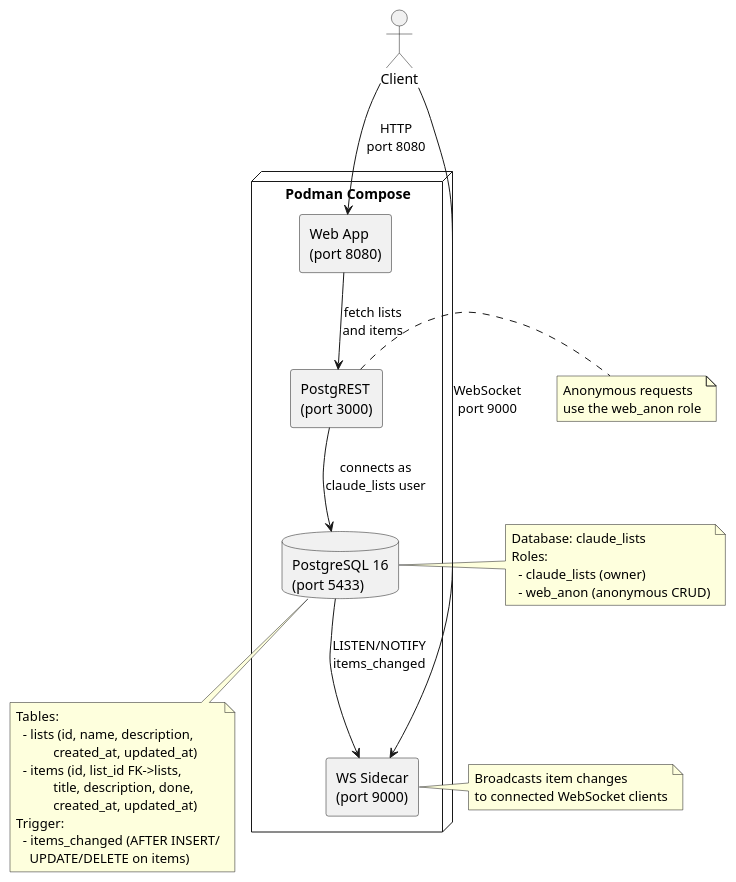
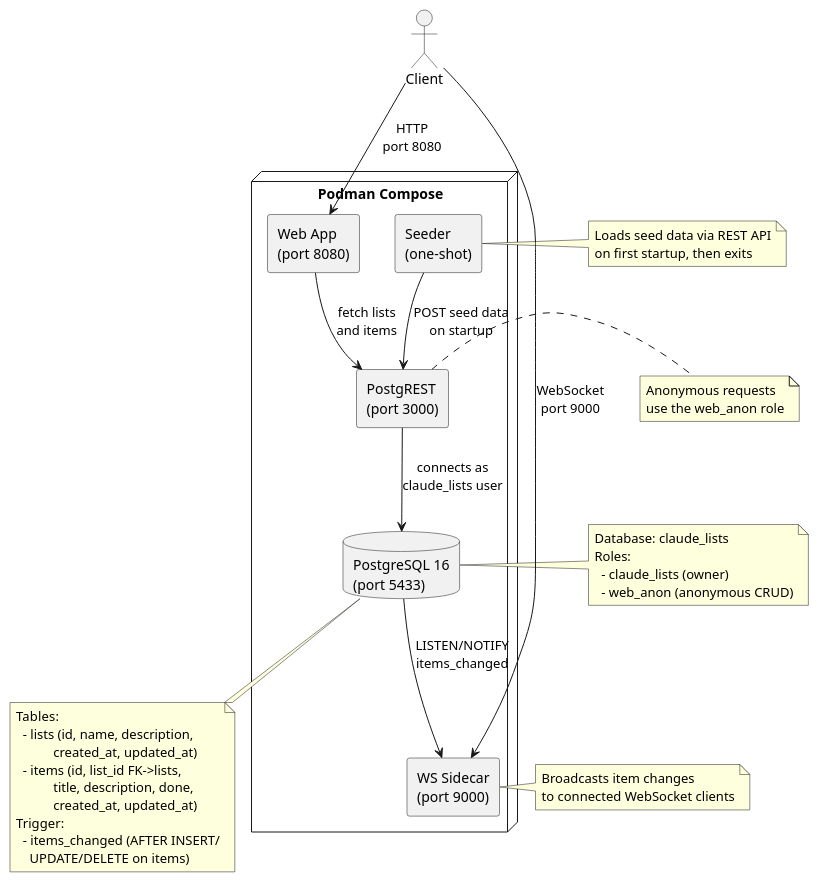
The diagram in docs/architecture.puml (conroydamien/claude_lists_api), drawn with PlantUML before and after one commit. The commit also changed 5 other files, not shown here.

First line of the commit message:
Extract seed data to seeder container and fix UI race condition

```diff
--- a/docs/architecture.puml
+++ b/docs/architecture.puml
@@ -1,50 +1,57 @@
 @startuml Claude Lists API Architecture
 
 skinparam componentStyle rectangle
 
 actor "Client" as client
 
 node "Podman Compose" {
     component "Web App\n(port 8080)" as web
     component "PostgREST\n(port 3000)" as postgrest
     component "WS Sidecar\n(port 9000)" as wssidecar
+    component "Seeder\n(one-shot)" as seeder
     database "PostgreSQL 16\n(port 5433)" as db
 
     web --> postgrest : "fetch lists\nand items"
+    seeder --> postgrest : "POST seed data\non startup"
     postgrest --> db : "connects as\nclaude_lists user"
     db --> wssidecar : "LISTEN/NOTIFY\nitems_changed"
 }
 
 client --> web : "HTTP\nport 8080"
 client --> wssidecar : "WebSocket\nport 9000"
 
 note right of db
   Database: claude_lists
   Roles:
     - claude_lists (owner)
     - web_anon (anonymous CRUD)
 end note
 
 note bottom of db
   Tables:
     - lists (id, name, description,
              created_at, updated_at)
     - items (id, list_id FK->lists,
              title, description, done,
              created_at, updated_at)
   Trigger:
     - items_changed (AFTER INSERT/
       UPDATE/DELETE on items)
 end note
 
 note right of postgrest
   Anonymous requests
   use the web_anon role
 end note
 
 note right of wssidecar
   Broadcasts item changes
   to connected WebSocket clients
 end note
 
+note right of seeder
+  Loads seed data via REST API
+  on first startup, then exits
+end note
+
 @enduml
```
